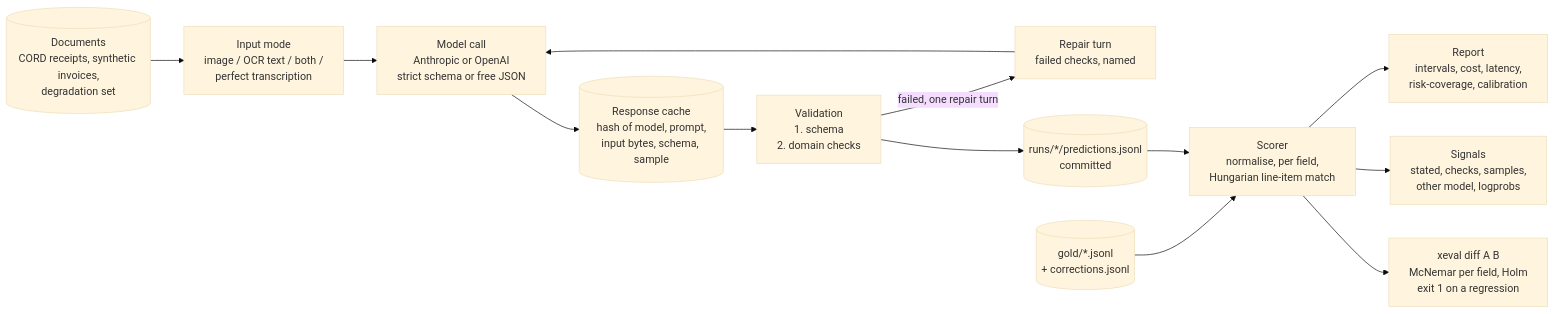
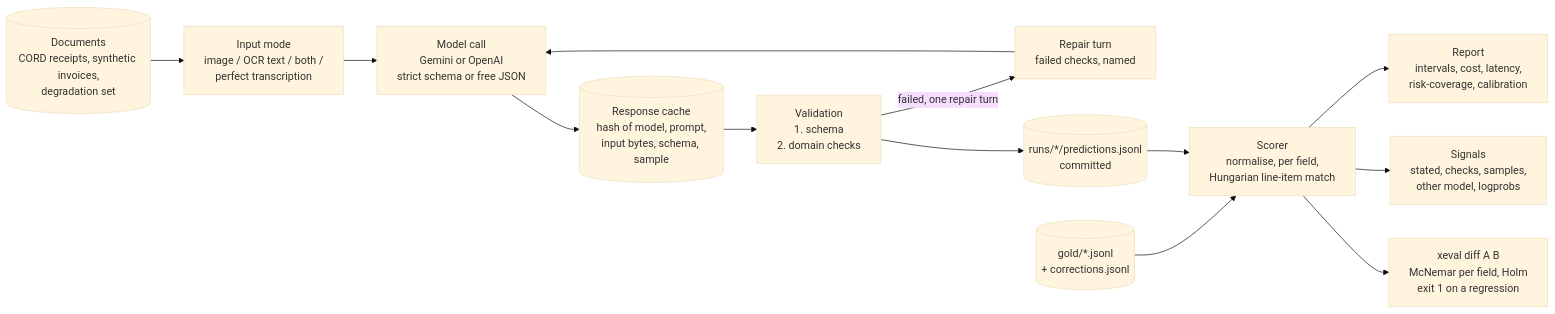
Before and after one commit to abdulm-ai/extraction-evals: the diagram in README.md, drawn with Mermaid (base theme). The commit also changed other lines of this file and 16 other files, not shown here.

````diff
--- a/README.md
+++ b/README.md
@@ -9,15 +89,15 @@
 ```mermaid
 flowchart LR
   D[("Documents<br/>CORD receipts, synthetic invoices,<br/>degradation set")] --> I["Input mode<br/>image / OCR text / both /<br/>perfect transcription"]
-  I --> M["Model call<br/>Anthropic or OpenAI<br/>strict schema or free JSON"]
+  I --> M["Model call<br/>Gemini or OpenAI<br/>strict schema or free JSON"]
   M --> C[("Response cache<br/>hash of model, prompt,<br/>input bytes, schema, sample")]
   C --> V["Validation<br/>1. schema<br/>2. domain checks"]
   V -->|"failed, one repair turn"| R["Repair turn<br/>failed checks, named"]
   R --> M
   V --> P[("runs/*/predictions.jsonl<br/>committed")]
   G[("gold/*.jsonl<br/>+ corrections.jsonl")] --> SC
   P --> SC["Scorer<br/>normalise, per field,<br/>Hungarian line-item match"]
   SC --> RP["Report<br/>intervals, cost, latency,<br/>risk-coverage, calibration"]
   SC --> S["Signals<br/>stated, checks, samples,<br/>other model, logprobs"]
   SC --> DF["xeval diff A B<br/>McNemar per field, Holm<br/>exit 1 on a regression"]
 ```
````
